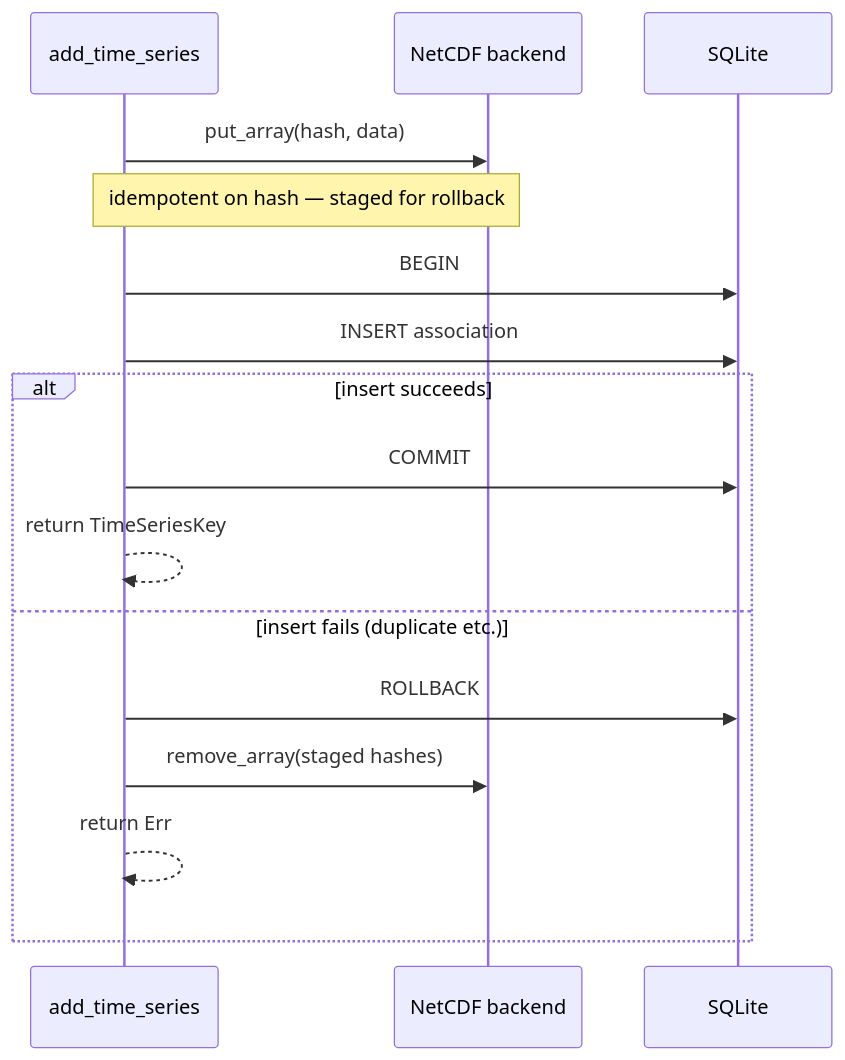
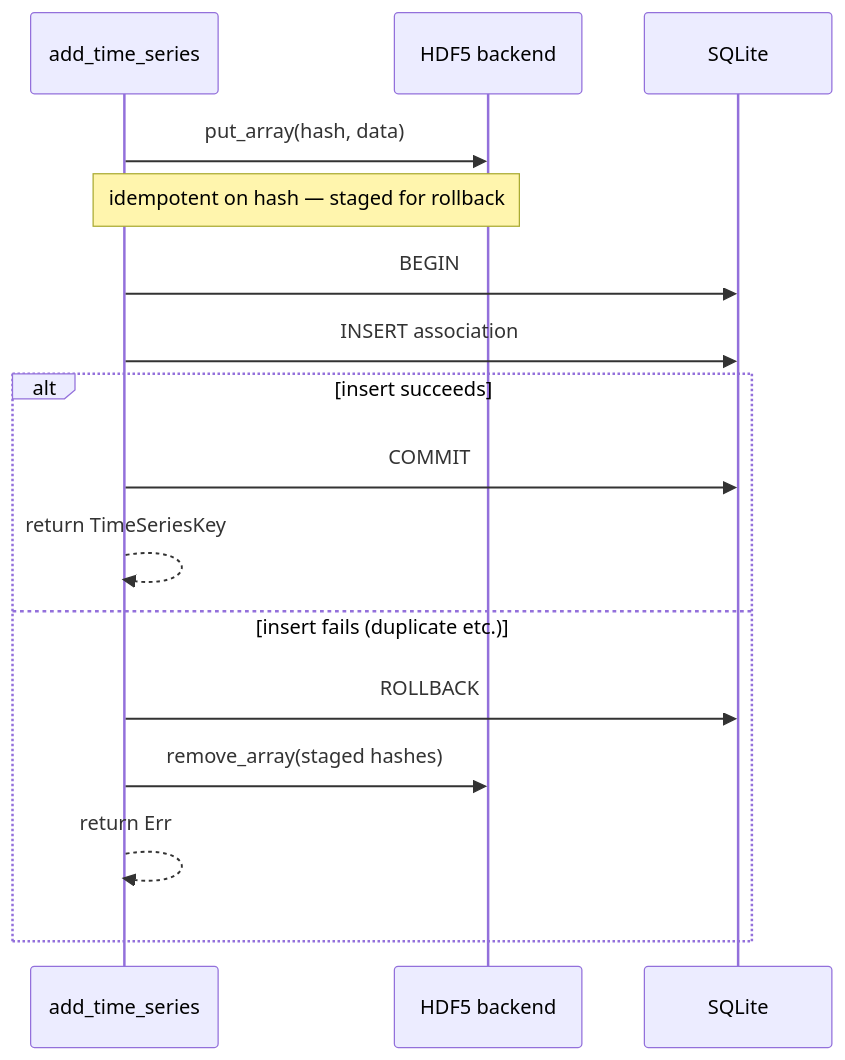
The second of 2 diagrams in docs/src/explanation/storage-model.md (NatLabRockies/infrastore), drawn with Mermaid before and after one commit. The commit also changed other lines of this file and 85 other files, not shown here.

Commit message:
Fix NetCDF -> HDF5 naming references

````diff
--- a/docs/src/explanation/storage-model.md
+++ b/docs/src/explanation/storage-model.md
@@ -144,18 +144,18 @@
 ```mermaid
 sequenceDiagram
     participant C as add_time_series
-    participant B as NetCDF backend
+    participant B as HDF5 backend
     participant M as SQLite
     C->>B: put_array(hash, data)
     Note over C,B: idempotent on hash — staged for rollback
     C->>M: BEGIN
     C->>M: INSERT association
     alt insert succeeds
         C->>M: COMMIT
         C-->>C: return TimeSeriesKey
     else insert fails (duplicate etc.)
         C->>M: ROLLBACK
         C->>B: remove_array(staged hashes)
         C-->>C: return Err
     end
 ```
````
